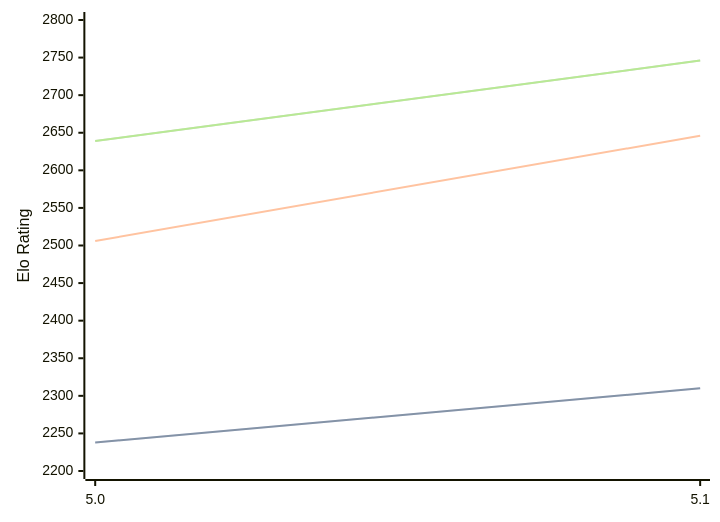
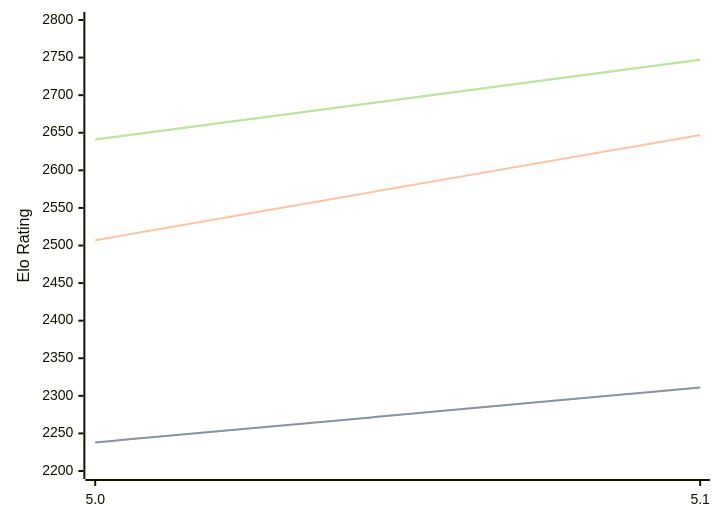
Before and after one commit to computer-chess-index/cci: the diagram in engines/Dorky.md, drawn with Mermaid. The commit also changed other lines of this file, not shown here.

Commit message:
Update CCI Ratings (ELO VLTC) - 2026-09-01

````diff
--- a/engines/Dorky.md
+++ b/engines/Dorky.md
@@ -32,11 +32,11 @@
 ```mermaid
 %%{init: {"theme":"base","themeVariables":{"seriesColors:['#a3a3a3','#222221','#faa371']}}}%%
 xychart-beta
   x-axis ["5.0", "5.1"]
   y-axis "Elo Rating" 2200 --> 2800
-  line "" [2238, 2310]
-  line "STC (8.0+0.08s)" [2238, 2310]
-  line "LTC (60.0+0.60s)" [2506, 2646]
-  line "" [2639, 2746]
-  line "VLTC (2m24s+1.12s)" [2639, 2746]
+  line "" [2238, 2311]
+  line "STC (8.0+0.08s)" [2238, 2311]
+  line "LTC (60.0+0.60s)" [2507, 2647]
+  line "" [2641, 2747]
+  line "VLTC (2m24s+1.12s)" [2641, 2747]
 ```
````
